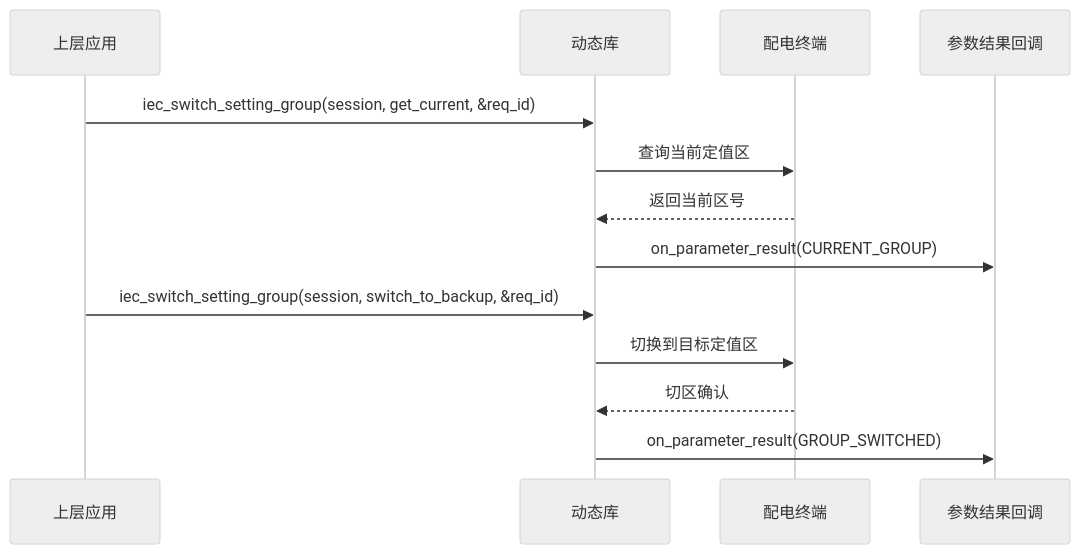
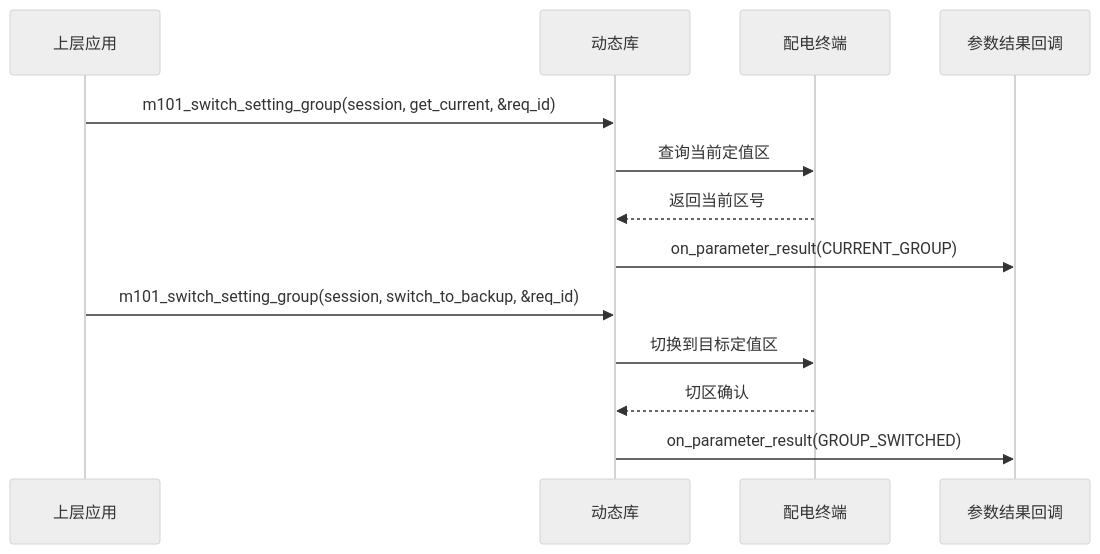
One commit to CcooLcyy/gw-protocol-sdk changed the eighth of 12 diagrams in doc/api/dtu_unified_maintenance_sdk_api_design.md. Above: the diagram before and after it, drawn with Mermaid (neutral theme). The commit also changed other lines of this file and 2 other files, not shown here.

````diff
--- a/doc/api/dtu_unified_maintenance_sdk_api_design.md
+++ b/doc/api/dtu_unified_maintenance_sdk_api_design.md
@@ -1956,16 +1799,16 @@
 ```mermaid
 sequenceDiagram
     participant 应用 as 上层应用
     participant 库 as 动态库
     participant 终端 as 配电终端
     participant 回调 as 参数结果回调
 
-    应用->>库: iec_switch_setting_group(session, get_current, &req_id)
+    应用->>库: m101_switch_setting_group(session, get_current, &req_id)
     库->>终端: 查询当前定值区
     终端-->>库: 返回当前区号
     库->>回调: on_parameter_result(CURRENT_GROUP)
-    应用->>库: iec_switch_setting_group(session, switch_to_backup, &req_id)
+    应用->>库: m101_switch_setting_group(session, switch_to_backup, &req_id)
     库->>终端: 切换到目标定值区
     终端-->>库: 切区确认
     库->>回调: on_parameter_result(GROUP_SWITCHED)
 ```
````
